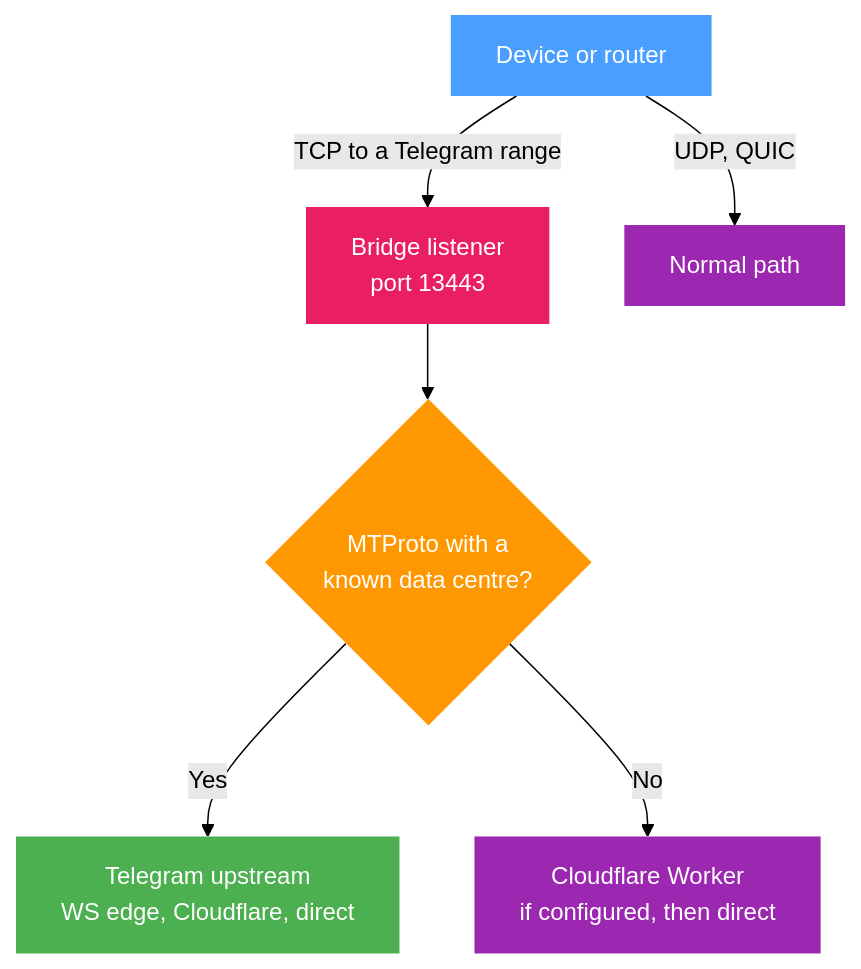
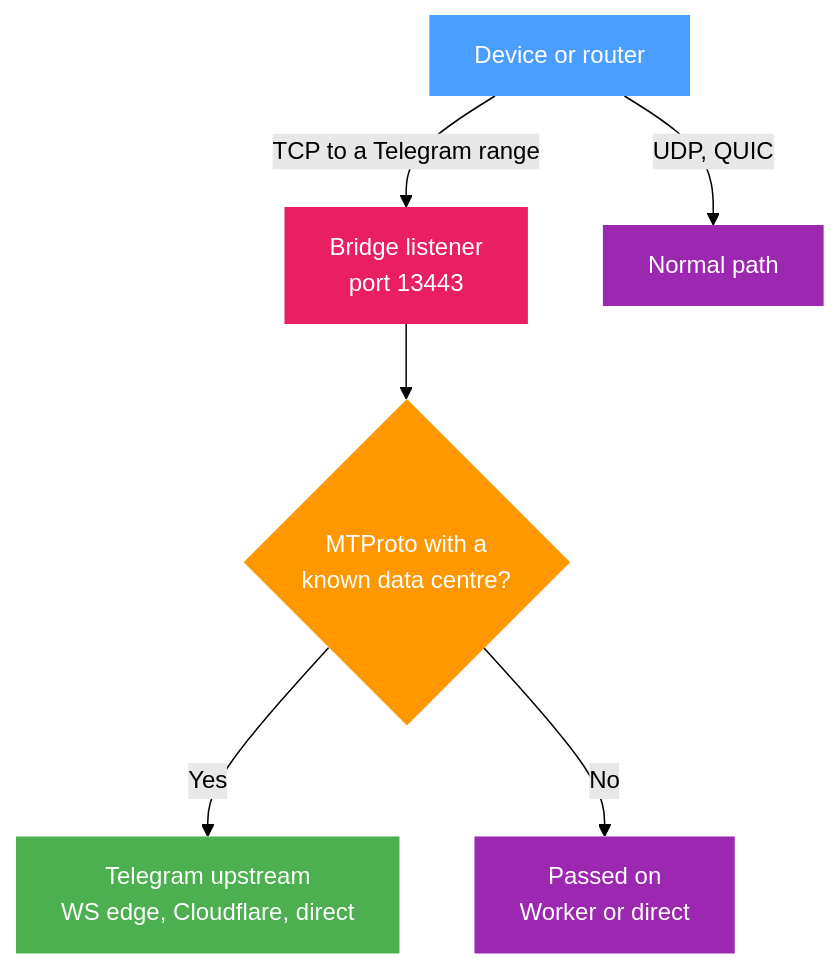
The diagram in docs/docs/telegram/websocket-bridge.md (DanielLavrushin/b4), drawn with Mermaid (forest theme) before and after one commit. The commit also changed other lines of this file and 221 other files, not shown here.

````diff
--- a/docs/docs/telegram/websocket-bridge.md
+++ b/docs/docs/telegram/websocket-bridge.md
@@ -27,15 +27,15 @@
 ```mermaid
 flowchart TB
     C["Device or router"] -->|"TCP to a Telegram range"| L["Bridge listener<br/>port 13443"]
     C -->|"UDP, QUIC"| N["Normal path"]
     L --> M{"MTProto with a<br/>known data centre?"}
     M -->|"Yes"| U["Telegram upstream<br/>WS edge, Cloudflare, direct"]
-    M -->|"No"| W["Cloudflare Worker<br/>if configured, then direct"]
+    M -->|"No"| W["Passed on<br/>Worker or direct"]
 
     style C fill:#4a9eff,color:#fff,stroke:none
     style L fill:#e91e63,color:#fff,stroke:none
     style M fill:#ff9800,color:#fff,stroke:none
     style N fill:#9c27b0,color:#fff,stroke:none
     style U fill:#4caf50,color:#fff,stroke:none
     style W fill:#9c27b0,color:#fff,stroke:none
 ```
````
